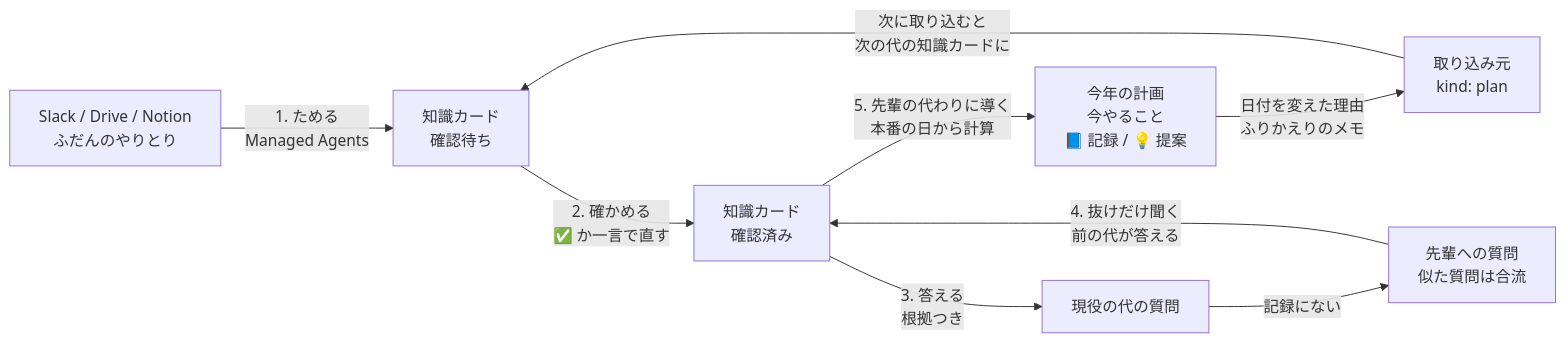
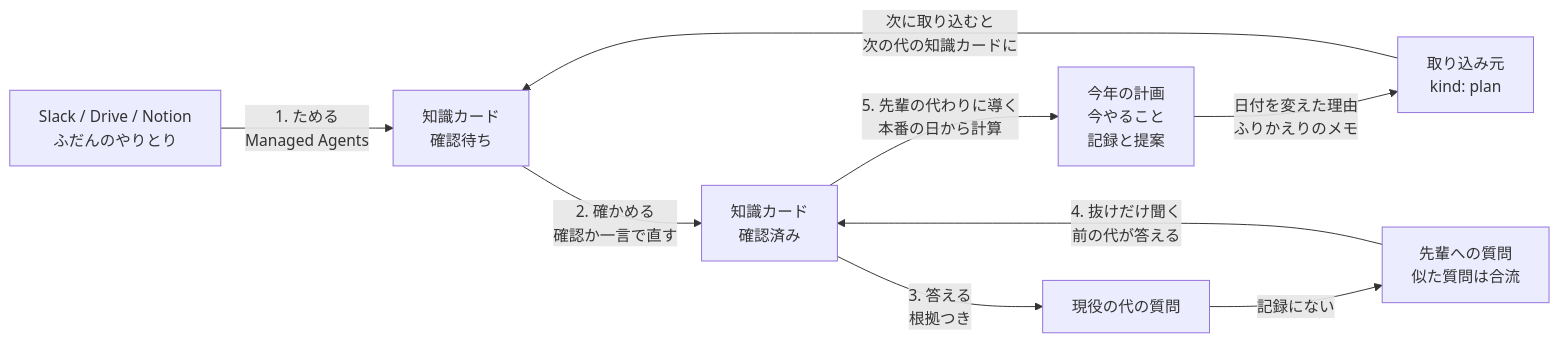
One commit to QwerTayu/senpai-note changed the diagram in README.md. Above: the diagram before and after it, drawn with Mermaid. The commit also changed other lines of this file, not shown here.

````diff
--- a/README.md
+++ b/README.md
@@ -37,11 +37,11 @@
 ```mermaid
 flowchart LR
   S["Slack / Drive / Notion<br>ふだんのやりとり"] -->|"1. ためる<br>Managed Agents"| D["知識カード<br>確認待ち"]
-  D -->|"2. 確かめる<br>✅ か一言で直す"| C["知識カード<br>確認済み"]
-  C -->|"5. 先輩の代わりに導く<br>本番の日から計算"| P["今年の計画<br>今やること<br>📘 記録 / 💡 提案"]
+  D -->|"2. 確かめる<br>確認か一言で直す"| C["知識カード<br>確認済み"]
+  C -->|"5. 先輩の代わりに導く<br>本番の日から計算"| P["今年の計画<br>今やること<br>記録と提案"]
   P -->|"日付を変えた理由<br>ふりかえりのメモ"| R["取り込み元<br>kind: plan"]
   R -->|"次に取り込むと<br>次の代の知識カードに"| D
   C -->|"3. 答える<br>根拠つき"| K["現役の代の質問"]
   K -->|"記録にない"| G["先輩への質問<br>似た質問は合流"]
   G -->|"4. 抜けだけ聞く<br>前の代が答える"| C
 ```
````
